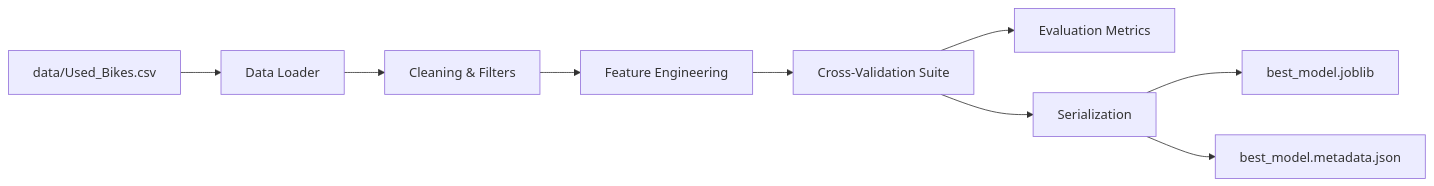
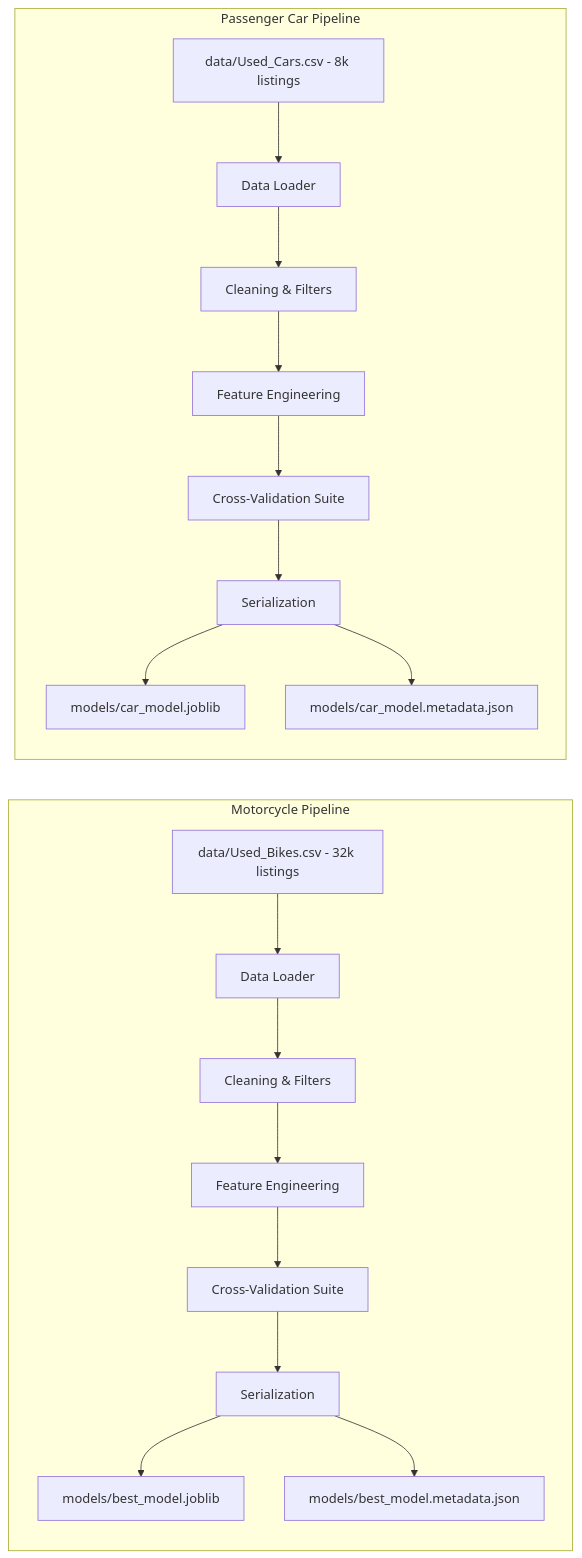
One commit to harshitthek/used-bike-price changed the diagram in architecture/training-pipeline.md. Above: the diagram before and after it, drawn with Mermaid. The commit also changed other lines of this file and 49 other files, not shown here.

````diff
--- a/architecture/training-pipeline.md
+++ b/architecture/training-pipeline.md
@@ -9,13 +7,22 @@
 ```mermaid
 graph LR
-    Raw[data/Used_Bikes.csv] --> Loader[Data Loader]
-    Loader --> Preprocessor[Cleaning & Filters]
-    Preprocessor --> Engineer[Feature Engineering]
-    Engineer --> CV[Cross-Validation Suite]
-    
-    CV --> Metrics[Evaluation Metrics]
-    CV --> Artifacts[Serialization]
-    
-    Artifacts --> Joblib[best_model.joblib]
-    Artifacts --> Meta[best_model.metadata.json]
+    subgraph Motorcycle Pipeline
+        BikeRaw[data/Used_Bikes.csv - 32k listings] --> BikeLoader[Data Loader]
+        BikeLoader --> BikePreproc[Cleaning & Filters]
+        BikePreproc --> BikeEngineer[Feature Engineering]
+        BikeEngineer --> BikeCV[Cross-Validation Suite]
+        BikeCV --> BikeArt[Serialization]
+        BikeArt --> BikeJoblib[models/best_model.joblib]
+        BikeArt --> BikeMeta[models/best_model.metadata.json]
+    end
+
+    subgraph Passenger Car Pipeline
+        CarRaw[data/Used_Cars.csv - 8k listings] --> CarLoader[Data Loader]
+        CarLoader --> CarPreproc[Cleaning & Filters]
+        CarPreproc --> CarEngineer[Feature Engineering]
+        CarEngineer --> CarCV[Cross-Validation Suite]
+        CarCV --> CarArt[Serialization]
+        CarArt --> CarJoblib[models/car_model.joblib]
+        CarArt --> CarMeta[models/car_model.metadata.json]
+    end
 ```
````
